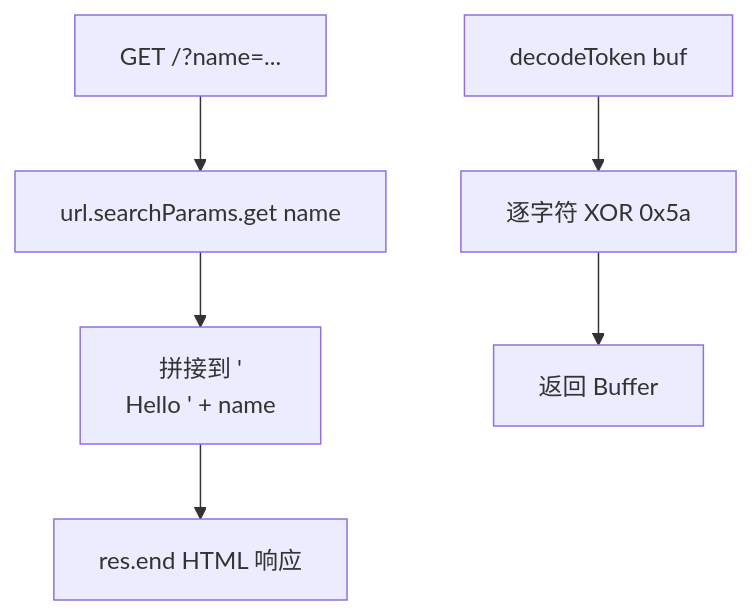
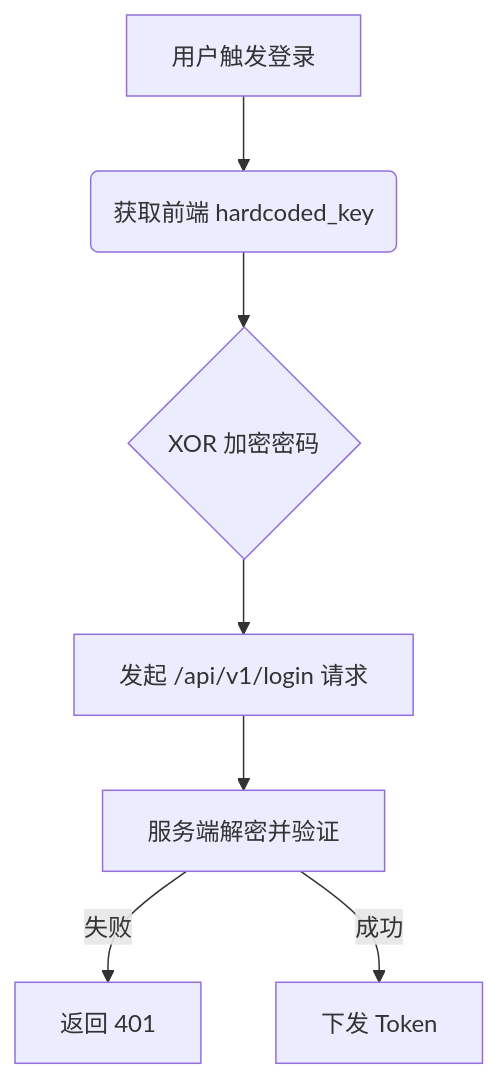
One commit to Trace520/ultimate-security-audit changed the diagram in examples/audit_report.md. Above: the diagram before and after it, drawn with Mermaid. The commit also changed other lines of this file and 3 other files, not shown here.

````diff
--- a/examples/audit_report.md
+++ b/examples/audit_report.md
@@ -11,8 +7,9 @@
 ```mermaid
 flowchart TD
-    A[GET /?name=...] --> B[url.searchParams.get name]
-    B --> C[拼接到 '<div>Hello ' + name]
-    C --> D[res.end HTML 响应]
-    E[decodeToken buf] --> F[逐字符 XOR 0x5a]
-    F --> G[返回 Buffer]
+    A[用户触发登录] --> B(获取前端 hardcoded_key)
+    B --> C{XOR 加密密码}
+    C --> D[发起 /api/v1/login 请求]
+    D --> E[服务端解密并验证]
+    E -->|失败| F[返回 401]
+    E -->|成功| G[下发 Token]
 ```
````
